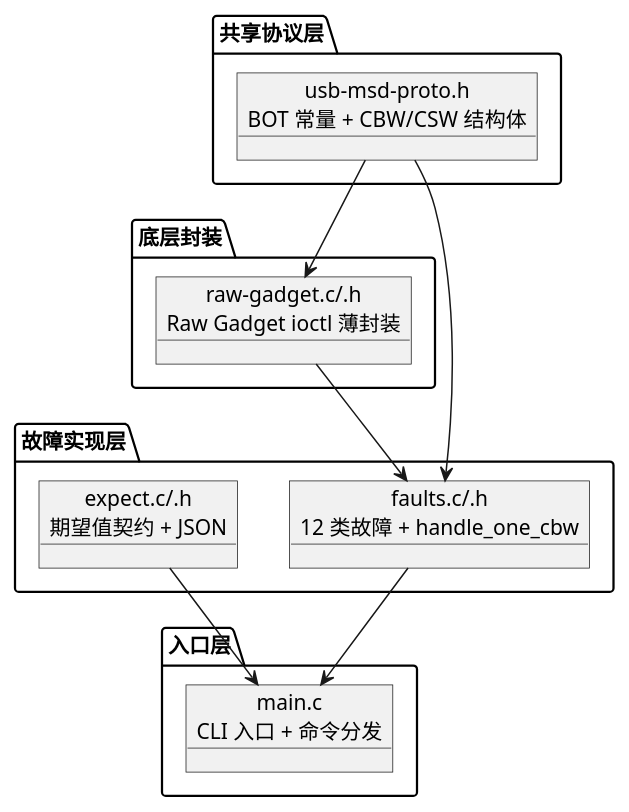
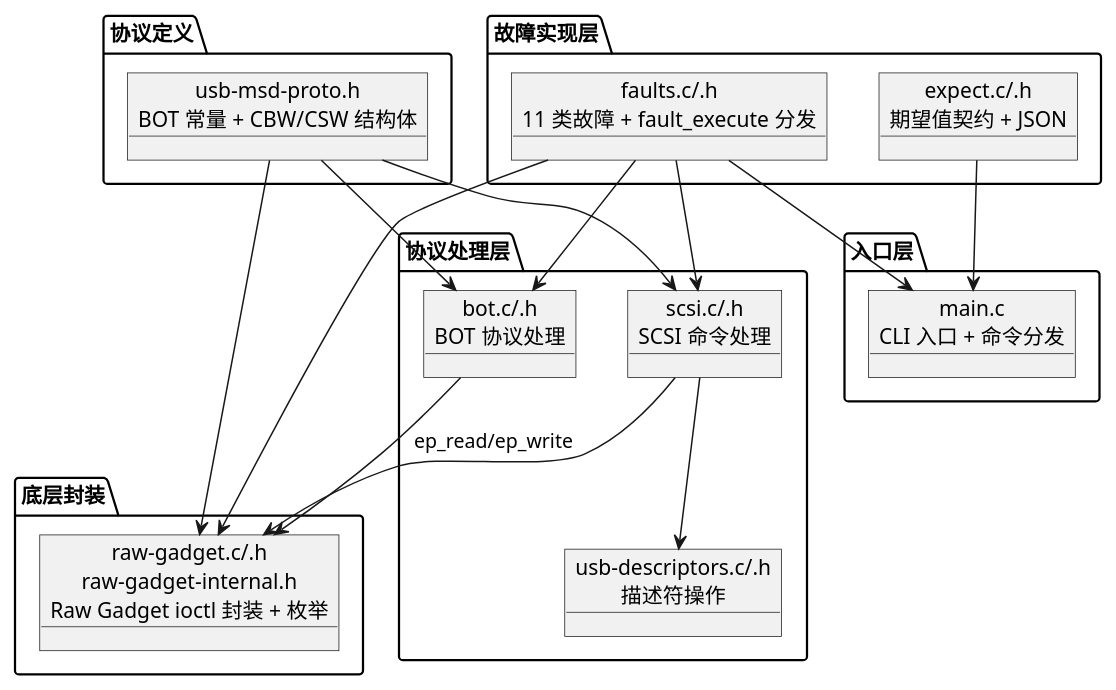
Before and after one commit to lechao365/AndroidSystemEnhance: the seventh of 9 diagrams in 02-IO增强/02.04-故障注入工具-usb-fault-inject.md, drawn with PlantUML. The commit also changed other lines of this file and 15 other files, not shown here.

````diff
--- a/02-IO增强/02.04-故障注入工具-usb-fault-inject.md
+++ b/02-IO增强/02.04-故障注入工具-usb-fault-inject.md
@@ -326,26 +369,38 @@
 ```plantuml
 @startuml
-package "共享协议层" as shared {
+package "协议定义" as shared {
     object "usb-msd-proto.h\nBOT 常量 + CBW/CSW 结构体" as Proto
 }
 
 package "底层封装" as bottom {
-    object "raw-gadget.c/.h\nRaw Gadget ioctl 薄封装" as RG
+    object "raw-gadget.c/.h\nraw-gadget-internal.h\nRaw Gadget ioctl 封装 + 枚举" as RG
+}
+
+package "协议处理层" as proto {
+    object "bot.c/.h\nBOT 协议处理" as BOT
+    object "scsi.c/.h\nSCSI 命令处理" as SCSI
+    object "usb-descriptors.c/.h\n描述符操作" as UDESC
 }
 
 package "故障实现层" as middle {
-    object "faults.c/.h\n12 类故障 + handle_one_cbw" as Faults
+    object "faults.c/.h\n11 类故障 + fault_execute 分发" as Faults
     object "expect.c/.h\n期望值契约 + JSON" as Expect
 }
 
 package "入口层" as top {
     object "main.c\nCLI 入口 + 命令分发" as Main
 }
 
 Proto --> RG
-Proto --> Faults
-RG --> Faults
+Proto --> BOT
+Proto --> SCSI
+BOT --> RG : ep_read/ep_write
+SCSI --> UDESC
+SCSI --> RG
+Faults --> BOT
+Faults --> SCSI
+Faults --> RG
 Faults --> Main
 Expect --> Main
 @enduml
 ```
````
